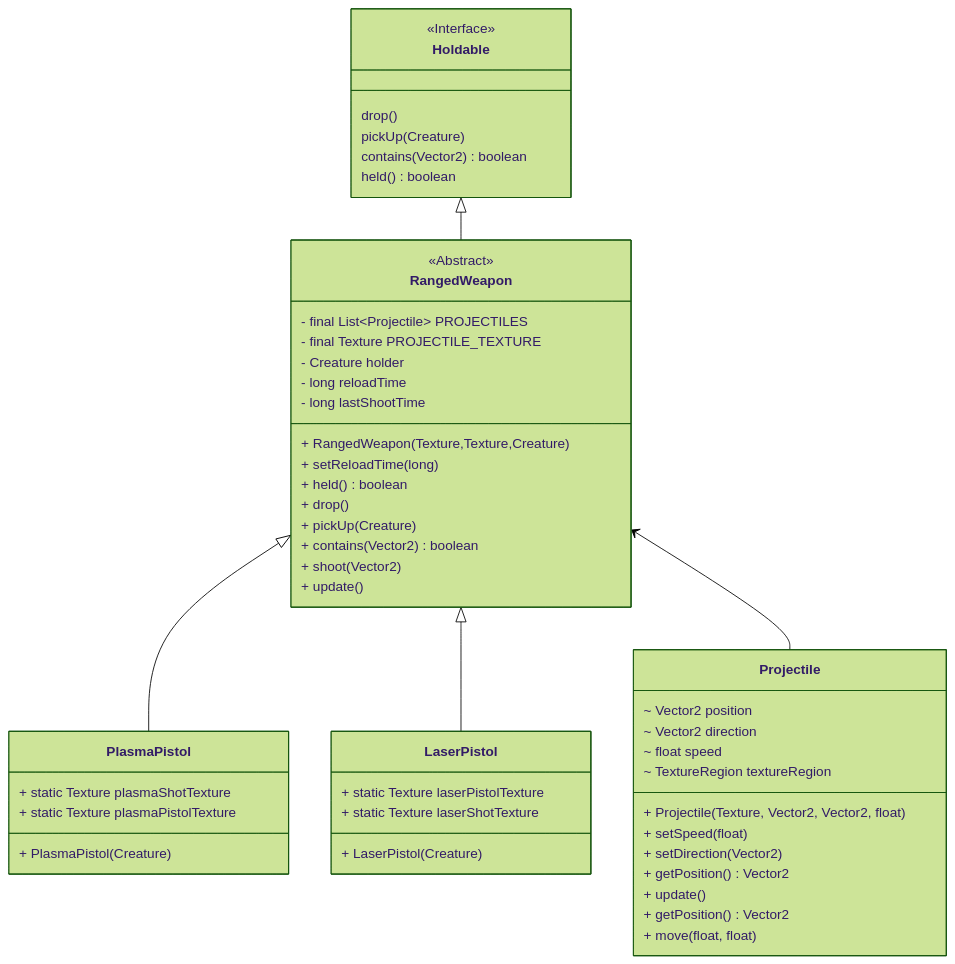
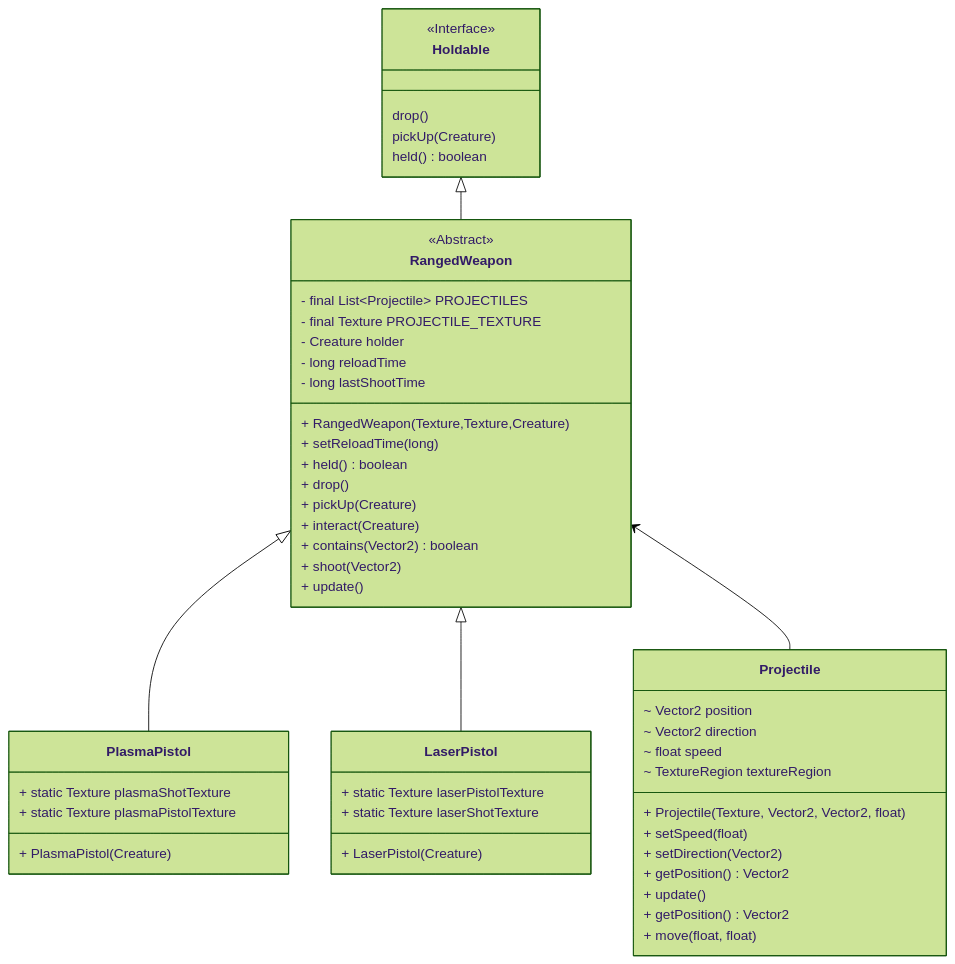
One commit to StrangeClone/PixelStars changed the diagram in core/src/com/pixelstar/gameobject/weapons/README.md. Above: the diagram before and after it, drawn with Mermaid (forest theme). The commit also changed 18 other files, not shown here.

````diff
--- a/core/src/com/pixelstar/gameobject/weapons/README.md
+++ b/core/src/com/pixelstar/gameobject/weapons/README.md
@@ -5,53 +5,53 @@
 ```mermaid
 classDiagram
 class Holdable {
    <<Interface>>
    drop()
    pickUp(Creature)
-   contains(Vector2) boolean
    held() boolean
 }
 class RangedWeapon {
     <<Abstract>>
     - final List~Projectile~ PROJECTILES
     - final Texture PROJECTILE_TEXTURE
     - Creature holder
     - long reloadTime
     - long lastShootTime
     + RangedWeapon(Texture,Texture,Creature)
     + setReloadTime(long)
     + held() boolean
     + drop()
     + pickUp(Creature)
+    + interact(Creature)
     + contains(Vector2) boolean
     + shoot(Vector2)
     + update()
 }
 Holdable <|-- RangedWeapon
 class PlasmaPistol {
     + static Texture plasmaShotTexture
     + static Texture plasmaPistolTexture
     + PlasmaPistol(Creature)
 }
 RangedWeapon <|-- PlasmaPistol
 class LaserPistol {
     + static Texture laserPistolTexture
     + static Texture laserShotTexture
     + LaserPistol(Creature)
 }
 RangedWeapon <|-- LaserPistol
 class Projectile {
     ~ Vector2 position
     ~ Vector2 direction
     ~ float speed
     ~ TextureRegion textureRegion
     + Projectile(Texture, Vector2, Vector2, float)
     + setSpeed(float)
     + setDirection(Vector2)
     + getPosition() Vector2
     + update()
     + getPosition() Vector2
     + move(float, float)
 }
 RangedWeapon <-- Projectile
 ```
````
